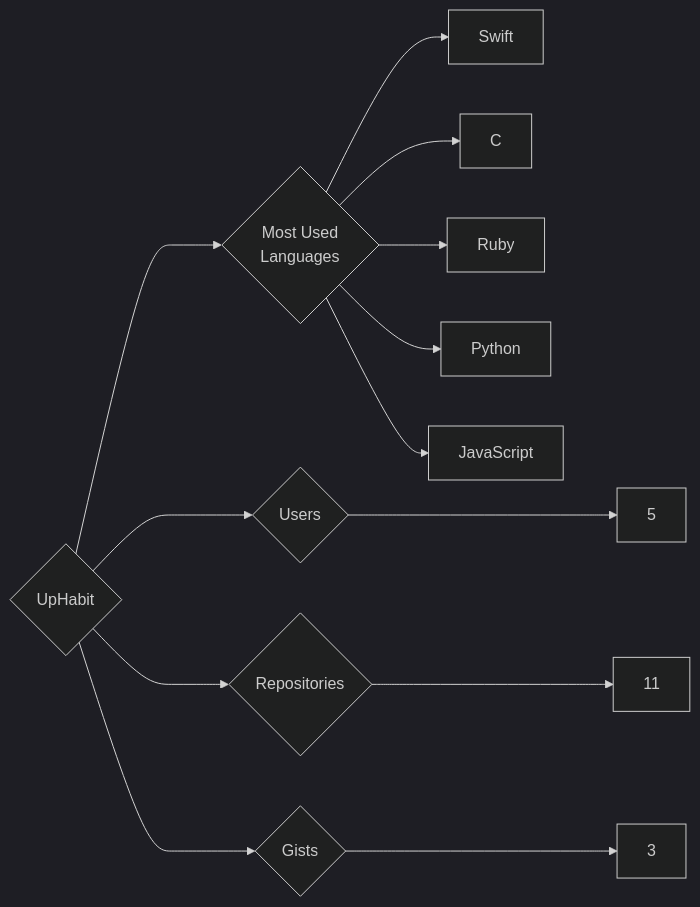
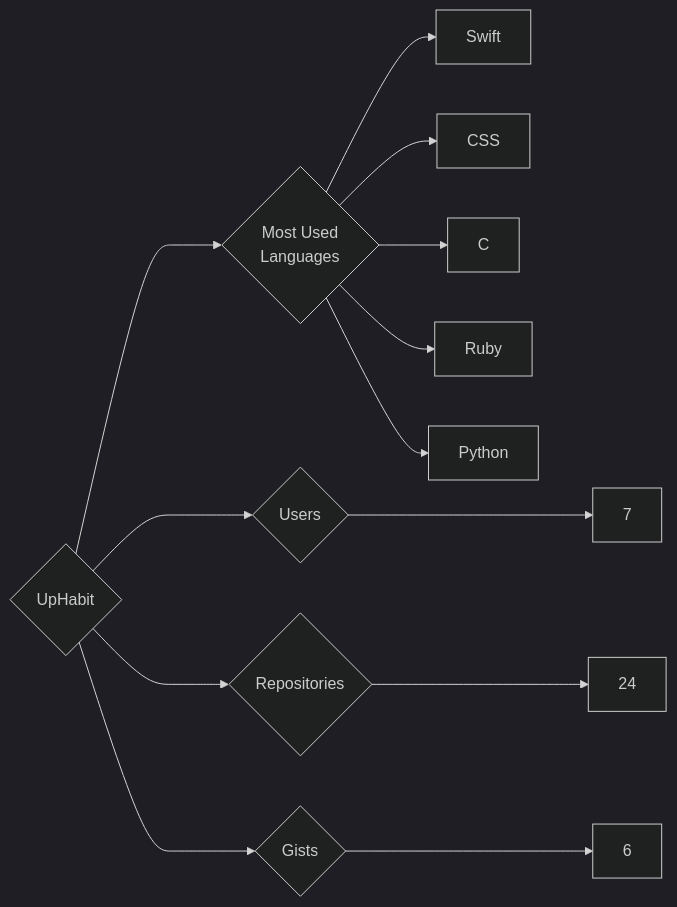
Before and after one commit to trickest/insiders: the diagram in targets/UpHabit/README.md, drawn with Mermaid (dark theme). The commit also changed 1484 other files, not shown here.

````diff
--- a/targets/UpHabit/README.md
+++ b/targets/UpHabit/README.md
@@ -3,13 +3,13 @@
 ```mermaid
 graph LR
 COMPANY_NAME{UpHabit}
-COMPANY_NAME ---> U{Users} ---> UN[5]
-COMPANY_NAME ---> R{Repositories} ---> RN[11]
-COMPANY_NAME ---> G{Gists} ---> GN[3]
+COMPANY_NAME ---> U{Users} ---> UN[7]
+COMPANY_NAME ---> R{Repositories} ---> RN[24]
+COMPANY_NAME ---> G{Gists} ---> GN[6]
 COMPANY_NAME ---> ML{Most Used<br>Languages}
 ML --> Swift[Swift]
+ML --> CSS[CSS]
 ML --> C[C]
 ML --> Ruby[Ruby]
 ML --> Python[Python]
-ML --> JavaScript[JavaScript]
 ```
````
